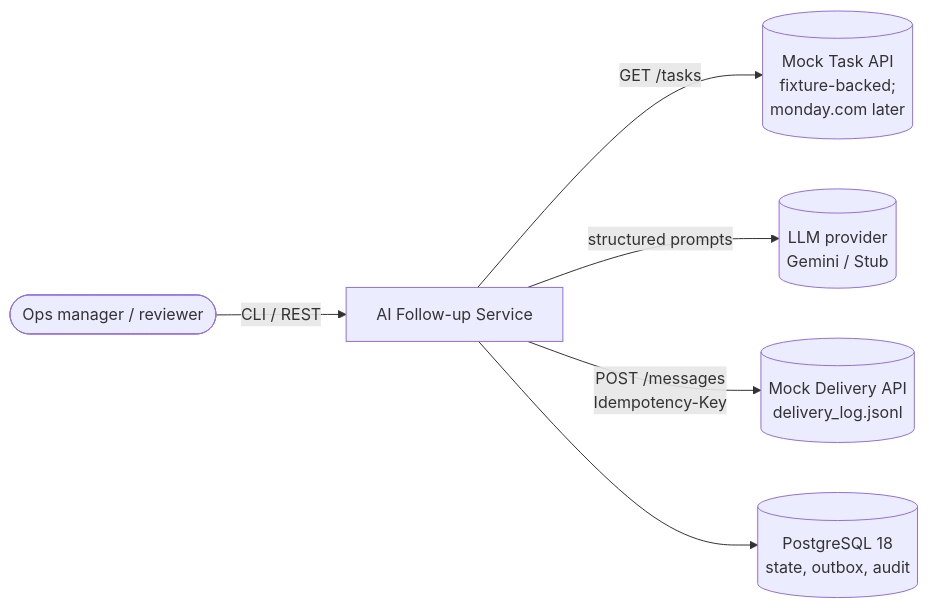
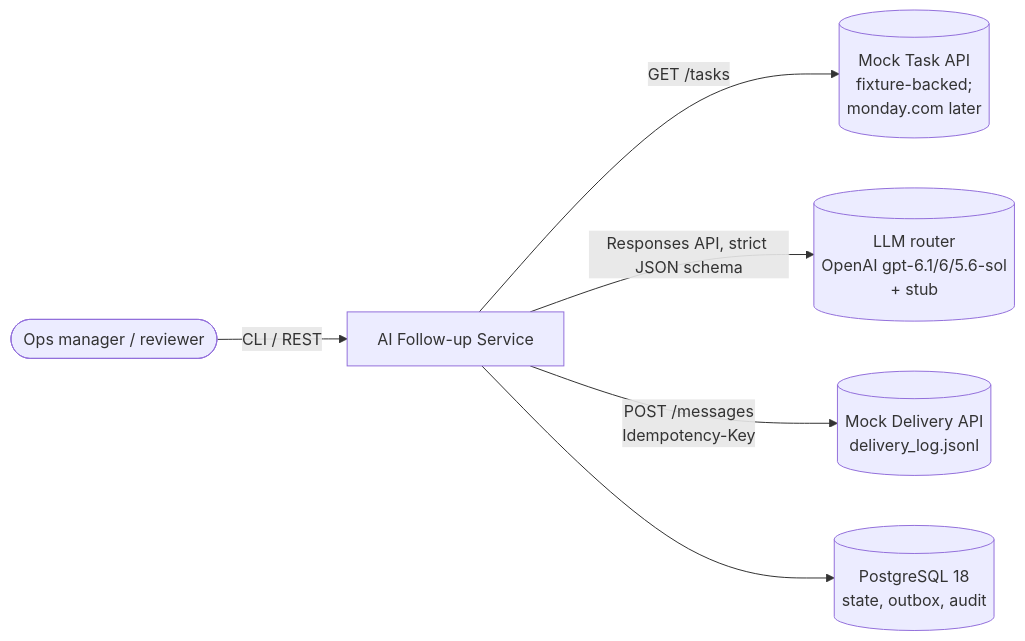
The first of 3 diagrams in docs/02-architecture.md (Andrey-Sema/Techcom), drawn with Mermaid before and after one commit. The commit also changed other lines of this file and 39 other files, not shown here.

First line of the commit message:
feat(llm): OpenAI model router for the Sol generation

````diff
--- a/docs/02-architecture.md
+++ b/docs/02-architecture.md
@@ -21,8 +21,8 @@
 ```mermaid
 flowchart LR
     ops([Ops manager / reviewer]) -->|CLI / REST| svc[AI Follow-up Service]
     svc -->|GET /tasks| taskapi[(Mock Task API<br/>fixture-backed;<br/>monday.com later)]
-    svc -->|structured prompts| llm[(LLM provider<br/>Gemini / Stub)]
+    svc -->|Responses API, strict JSON schema| llm[(LLM router<br/>OpenAI gpt-6.1/6/5.6-sol<br/>+ stub)]
     svc -->|POST /messages<br/>Idempotency-Key| delivery[(Mock Delivery API<br/>delivery_log.jsonl)]
     svc --> db[(PostgreSQL 18<br/>state, outbox, audit)]
 ```
````
